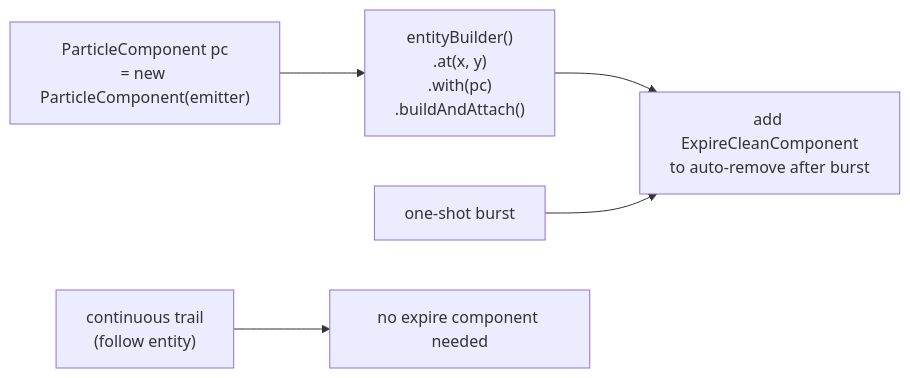
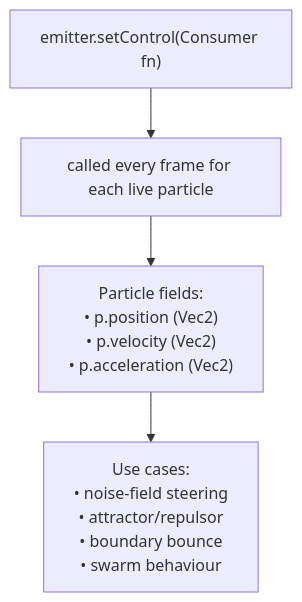
The seventh of 11 diagrams in docs/uc-particles-effects.md (JohannesRabauer/fxgl-skills), drawn with Mermaid before and after one commit. The commit also changed other lines of this file and 2 other files, not shown here.

Commit message:
Expanded Particle skill

````diff
--- a/docs/uc-particles-effects.md
+++ b/docs/uc-particles-effects.md
@@ -34,7 +95,6 @@
 ```mermaid
-flowchart LR
-    A3["ParticleComponent pc\n= new ParticleComponent(emitter)"] --> Attach2["entityBuilder()\n.at(x, y)\n.with(pc)\n.buildAndAttach()"]
-    Attach2 --> Expire2["add ExpireCleanComponent\nto auto-remove after burst"]
-    OneShot["one-shot burst"] --> Expire2
-    Continuous2["continuous trail\n(follow entity)"] --> NoExpire["no expire component needed"]
+flowchart TD
+    Ctrl["emitter.setControl(Consumer<Particle> fn)"] --> Loop["called every frame for each live particle"]
+    Loop --> Access["Particle fields:\n• p.position (Vec2)\n• p.velocity (Vec2)\n• p.acceleration (Vec2)"]
+    Access --> UseCases["Use cases:\n• noise-field steering\n• attractor/repulsor\n• boundary bounce\n• swarm behaviour"]
 ```
````
